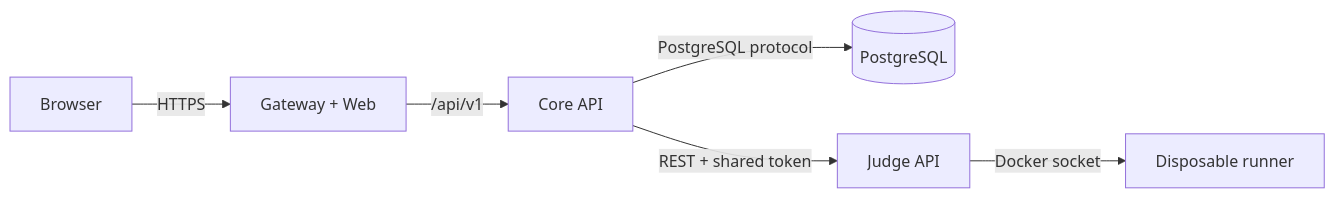
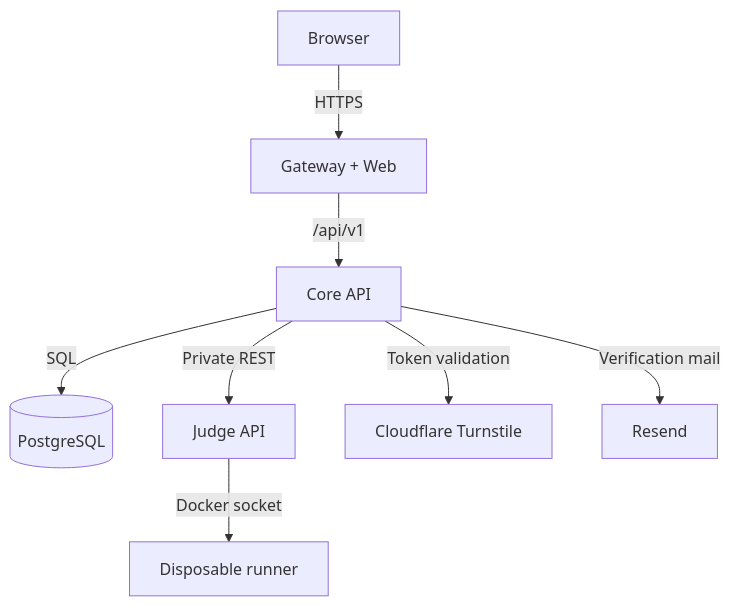
One commit to intqwq/AlgoQuest changed the diagram in docs/ARCHITECTURE.md. Above: the diagram before and after it, drawn with Mermaid. The commit also changed other lines of this file and 24 other files, not shown here.

````diff
--- a/docs/ARCHITECTURE.md
+++ b/docs/ARCHITECTURE.md
@@ -5,8 +5,10 @@
 ```mermaid
-flowchart LR
+flowchart TD
     B["Browser"] -->|HTTPS| G["Gateway + Web"]
-    G -->|/api/v1| A["Core API"]
-    A -->|PostgreSQL protocol| D[("PostgreSQL")]
-    A -->|REST + shared token| J["Judge API"]
+    G -->|"/api/v1"| A["Core API"]
+    A -->|SQL| D[("PostgreSQL")]
+    A -->|Private REST| J["Judge API"]
     J -->|Docker socket| R["Disposable runner"]
+    A -->|Token validation| T["Cloudflare Turnstile"]
+    A -->|Verification mail| E["Resend"]
 ```
````
